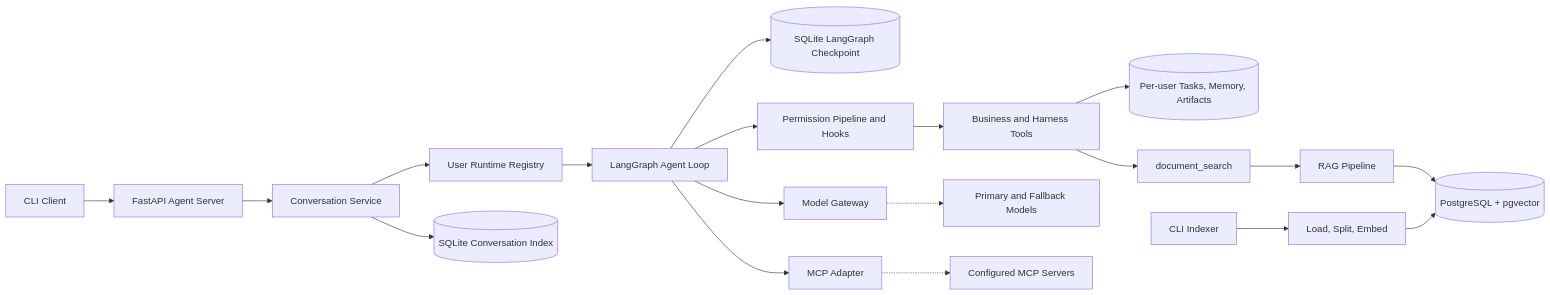
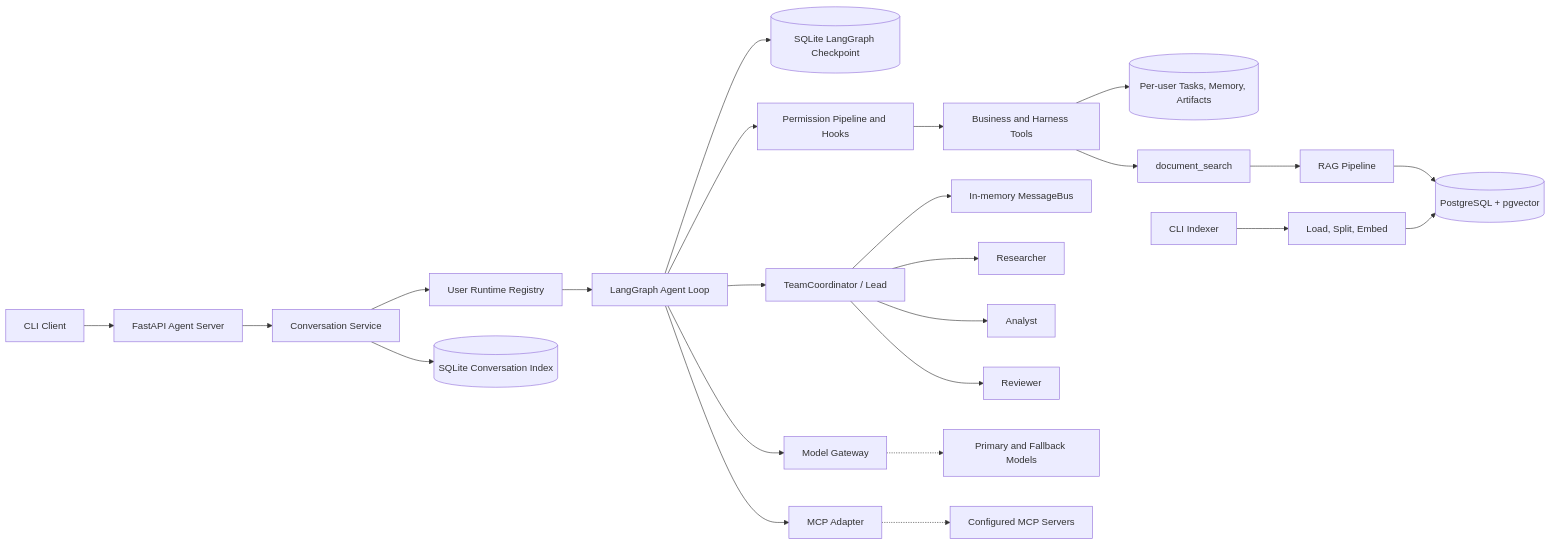
The diagram in README.md (misakisaysyes/Business-Agent-Harness), drawn with Mermaid before and after one commit. The commit also changed other lines of this file and 29 other files, not shown here.

````diff
--- a/README.md
+++ b/README.md
@@ -37,21 +55,26 @@
 ```mermaid
 flowchart LR
     cli["CLI Client"] --> api["FastAPI Agent Server"]
     api --> conversation["Conversation Service"]
     conversation --> runtime["User Runtime Registry"]
     conversation --> conversationDb[("SQLite Conversation Index")]
     runtime --> agentLoop["LangGraph Agent Loop"]
     agentLoop --> checkpointDb[("SQLite LangGraph Checkpoint")]
     agentLoop --> permission["Permission Pipeline and Hooks"]
     permission --> tools["Business and Harness Tools"]
     tools --> userStores[("Per-user Tasks, Memory, Artifacts")]
     tools --> documentSearch["document_search"]
     documentSearch --> ragPipeline["RAG Pipeline"]
     ragPipeline --> vectorDb[("PostgreSQL + pgvector")]
+    agentLoop --> teamCoordinator["TeamCoordinator / Lead"]
+    teamCoordinator --> messageBus["In-memory MessageBus"]
+    teamCoordinator --> researcher["Researcher"]
+    teamCoordinator --> analyst["Analyst"]
+    teamCoordinator --> reviewer["Reviewer"]
     indexer["CLI Indexer"] --> ingestion["Load, Split, Embed"]
     ingestion --> vectorDb
     agentLoop --> modelGateway["Model Gateway"]
     modelGateway -.-> modelProvider["Primary and Fallback Models"]
     agentLoop --> mcpAdapter["MCP Adapter"]
     mcpAdapter -.-> mcpServers["Configured MCP Servers"]
 ```
````
